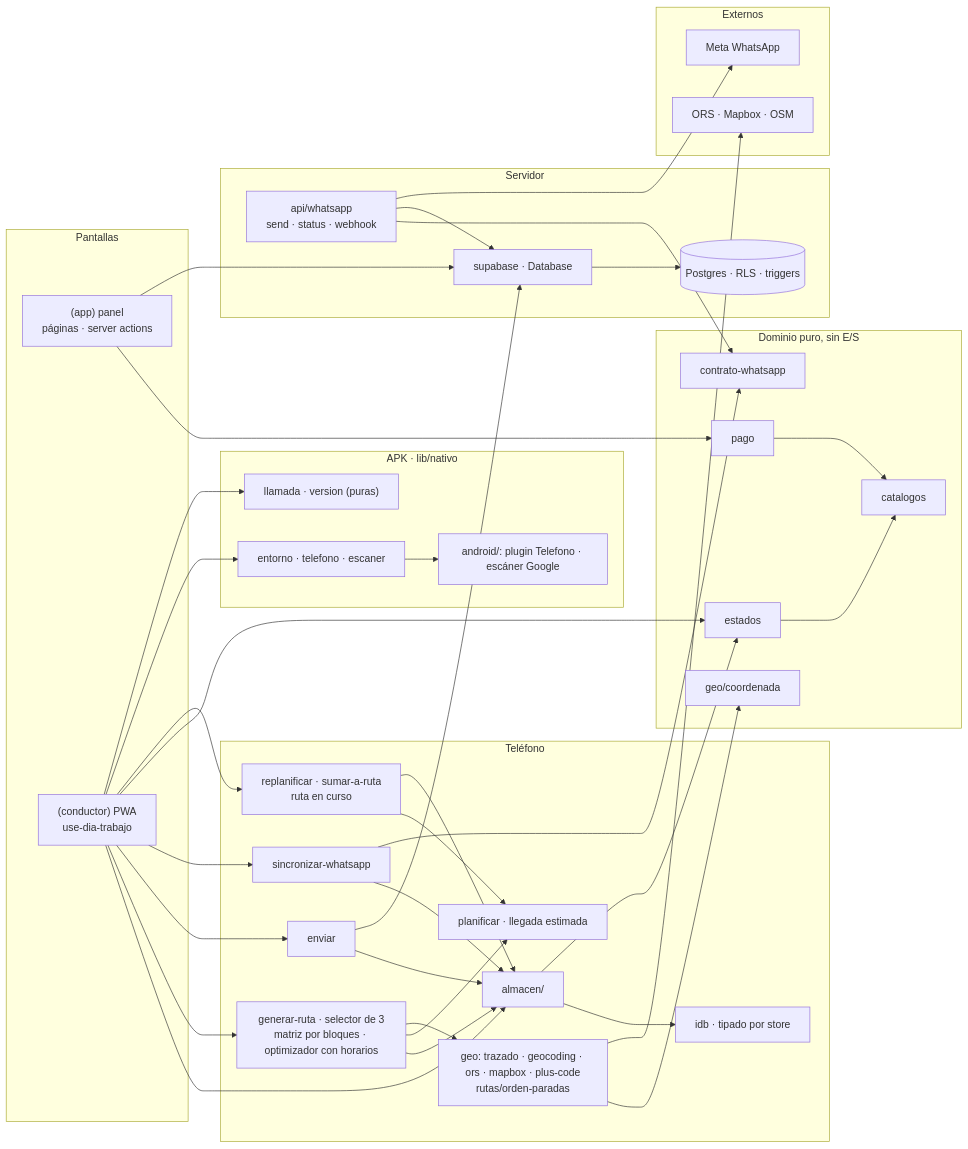
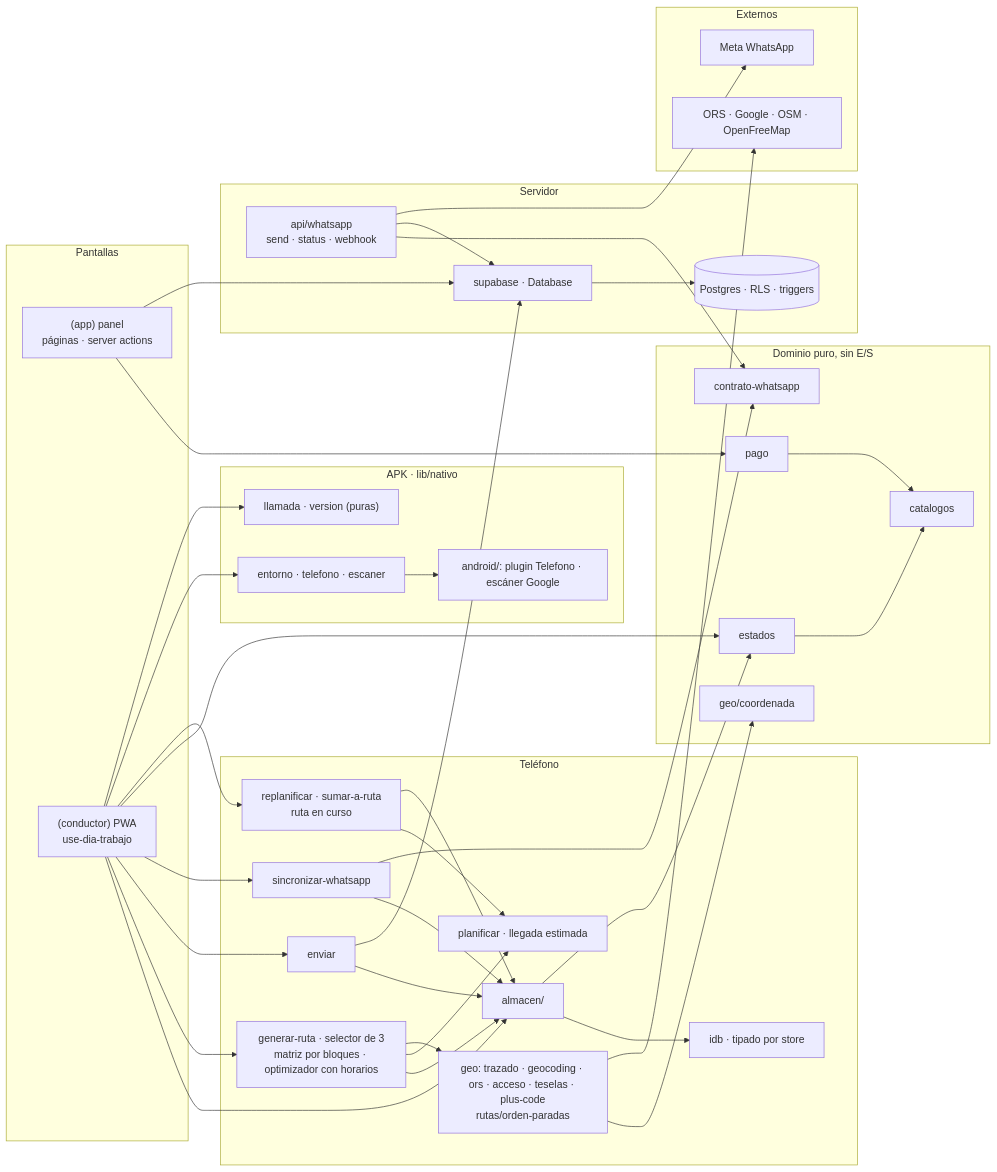
The third of 3 diagrams in docs/CLASES.md (etianypr/ProyectoAres), drawn with Mermaid before and after one commit. The commit also changed other lines of this file and 72 other files, not shown here.

First line of the commit message:
Spec 019: Mapbox fuera; Google da el número de casa y el mapa es Liberty

````diff
--- a/docs/CLASES.md
+++ b/docs/CLASES.md
@@ -241,68 +241,68 @@
 ```mermaid
 flowchart LR
   subgraph UI["Pantallas"]
     panel["(app) panel<br/>páginas · server actions"]
     conductor["(conductor) PWA<br/>use-dia-trabajo"]
   end
   subgraph Dominio["Dominio puro, sin E/S"]
     catalogos["catalogos"]
     estados["estados"]
     pago["pago"]
     contrato["contrato-whatsapp"]
     coord["geo/coordenada"]
   end
   subgraph Telefono["Teléfono"]
     almacen["almacen/"]
     idb["idb · tipado por store"]
     generar["generar-ruta · selector de 3<br/>matriz por bloques · optimizador con horarios"]
     planificar["planificar · llegada estimada"]
     replan["replanificar · sumar-a-ruta<br/>ruta en curso"]
     enviar["enviar"]
     wsl["sincronizar-whatsapp"]
-    rutas["geo: trazado · geocoding · ors · mapbox · plus-code<br/>rutas/orden-paradas"]
+    rutas["geo: trazado · geocoding · ors · acceso · teselas · plus-code<br/>rutas/orden-paradas"]
   end
   subgraph Nativo["APK · lib/nativo"]
     nat["entorno · telefono · escaner"]
     llamada["llamada · version (puras)"]
     plugin["android/: plugin Telefono · escáner Google"]
   end
   subgraph Servidor["Servidor"]
     api["api/whatsapp<br/>send · status · webhook"]
     supa["supabase · Database"]
     pg[("Postgres · RLS · triggers")]
   end
   subgraph Externos["Externos"]
-    mapbox["ORS · Mapbox · OSM"]
+    mapbox["ORS · Google · OSM · OpenFreeMap"]
     meta["Meta WhatsApp"]
   end
   panel --> pago
   panel --> supa
   conductor --> almacen
   conductor --> generar
   conductor --> enviar
   conductor --> wsl
   conductor --> estados
   almacen --> idb
   almacen --> estados
   generar --> almacen
   generar --> planificar
   generar --> rutas
   conductor --> replan
   conductor --> nat
   conductor --> llamada
   nat --> plugin
   replan --> planificar
   replan --> almacen
   rutas --> coord
   rutas --> mapbox
   enviar --> almacen
   enviar --> supa
   wsl --> almacen
   wsl --> contrato
   api --> contrato
   api --> supa
   api --> meta
   supa --> pg
   estados --> catalogos
   pago --> catalogos
 ```
````
